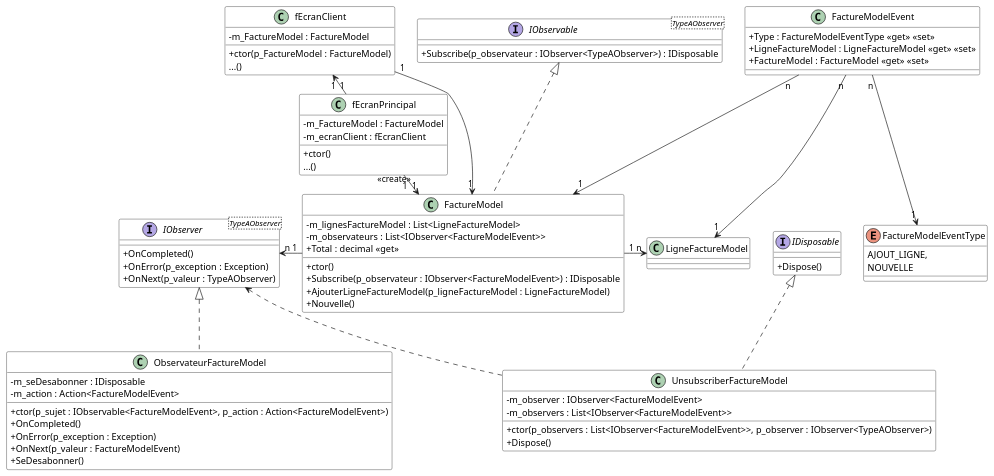
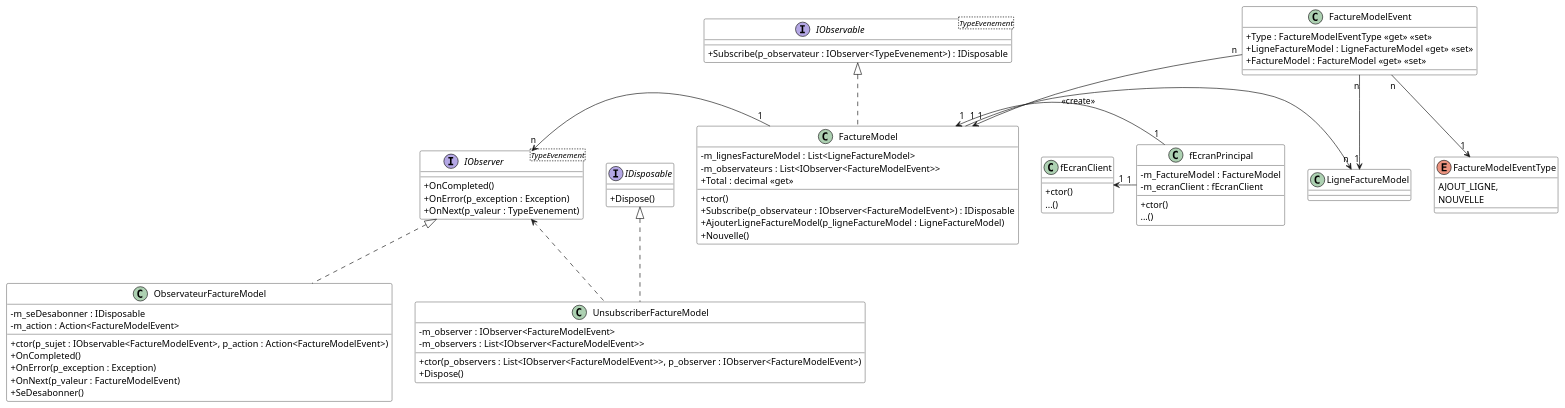
The diagram in Module10_Patrons_Conception02/diag/DiagFactureGen.wsd (PiFou86/420-W30-SF), drawn with PlantUML before and after one commit. The commit also changed 8 other files, not shown here.

```diff
--- a/Module10_Patrons_Conception02/diag/DiagFactureGen.wsd
+++ b/Module10_Patrons_Conception02/diag/DiagFactureGen.wsd
@@ -1,94 +1,93 @@
 @startuml DiagAppFactureGen
 
 skinparam classAttributeIconSize 0
 skinparam class {
     BackgroundColor White
     BorderColor #000
 }
 
 interface IDisposable {
     + Dispose()
 }
 
-interface IObservable<TypeAObserver> {
-    + Subscribe(p_observateur : IObserver<TypeAObserver>) : IDisposable
+interface IObservable<TypeEvenement> {
+    + Subscribe(p_observateur : IObserver<TypeEvenement>) : IDisposable
 }
 
-interface IObserver<TypeAObserver> {
+interface IObserver<TypeEvenement> {
     + OnCompleted()
     + OnError(p_exception : Exception)
-    + OnNext(p_valeur : TypeAObserver)
+    + OnNext(p_valeur : TypeEvenement)
 }
 
 class FactureModel {
     - m_lignesFactureModel : List<LigneFactureModel>
     - m_observateurs : List<IObserver<FactureModelEvent>>
     + Total : decimal <<get>>
     + ctor()
     + Subscribe(p_observateur : IObserver<FactureModelEvent>) : IDisposable
     + AjouterLigneFactureModel(p_ligneFactureModel : LigneFactureModel)
     + Nouvelle()
 }
 
 class fEcranPrincipal {
     - m_FactureModel : FactureModel
     - m_ecranClient : fEcranClient
     + ctor()
     ...()
 }
 
 class fEcranClient {
-    - m_FactureModel : FactureModel
-    + ctor(p_FactureModel : FactureModel)
+    + ctor()
     ...()
 }
 
 class ObservateurFactureModel {
     - m_seDesabonner : IDisposable
     - m_action : Action<FactureModelEvent>
     + ctor(p_sujet : IObservable<FactureModelEvent>, p_action : Action<FactureModelEvent>)
     + OnCompleted()
     + OnError(p_exception : Exception)
     + OnNext(p_valeur : FactureModelEvent)
     + SeDesabonner()
 }
 
 class UnsubscriberFactureModel {
     - m_observer : IObserver<FactureModelEvent>
     - m_observers : List<IObserver<FactureModelEvent>>
-    + ctor(p_observers : List<IObserver<FactureModelEvent>>, p_observer : IObserver<TypeAObserver>)
+    + ctor(p_observers : List<IObserver<FactureModelEvent>>, p_observer : IObserver<FactureModelEvent>)
     + Dispose()
 }
 
 class FactureModelEvent {
     + Type : FactureModelEventType <<get>> <<set>>
     + LigneFactureModel : LigneFactureModel <<get>> <<set>>
     + FactureModel : FactureModel <<get>> <<set>>
 }
 
 enum FactureModelEventType {
     AJOUT_LIGNE,
     NOUVELLE
 }
 
 FactureModelEvent "n" --> "1" FactureModel
 FactureModelEvent "n" --> "1" LigneFactureModel
 FactureModelEvent "n" --> "1" FactureModelEventType
 
 fEcranPrincipal "1" -right-> "1" FactureModel : <<create>>
 fEcranPrincipal "1" -left-> "1" fEcranClient
 'fEcranPrincipal "1" ..> "1" ObservateurFactureModel : <<create>>
 
 FactureModel "1" -left-> "n" IObserver
 FactureModel "1" -right-> "n" LigneFactureModel
 
-fEcranClient "1" --> "1" FactureModel
+'fEcranClient "1" --> "1" FactureModel
 'fEcranClient "1" ..> "1" ObservateurFactureModel : <<create>>
 
 IObserver <|.. ObservateurFactureModel
 IDisposable <|.. UnsubscriberFactureModel
 IObserver <.. UnsubscriberFactureModel
 IObservable <|.. FactureModel
 
 
 @enduml
```
